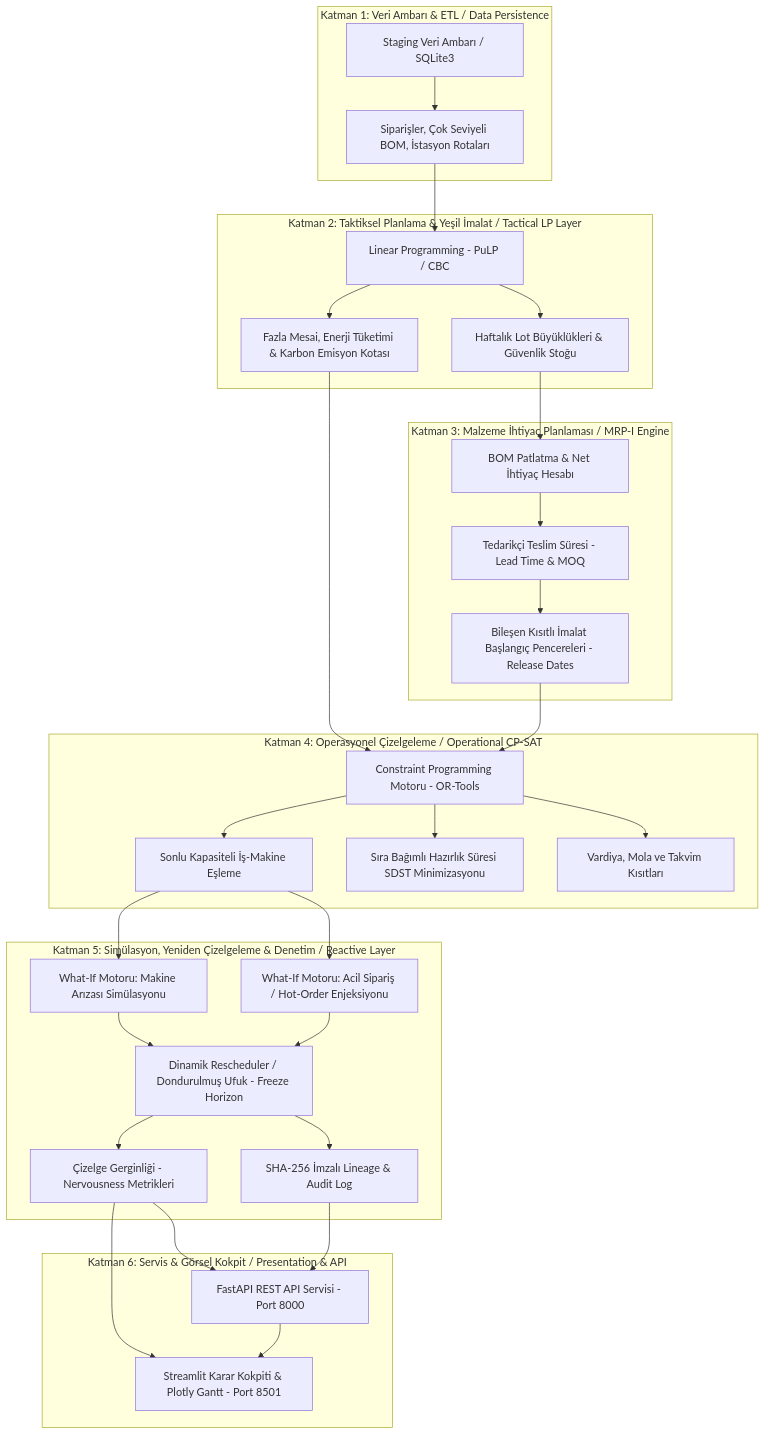
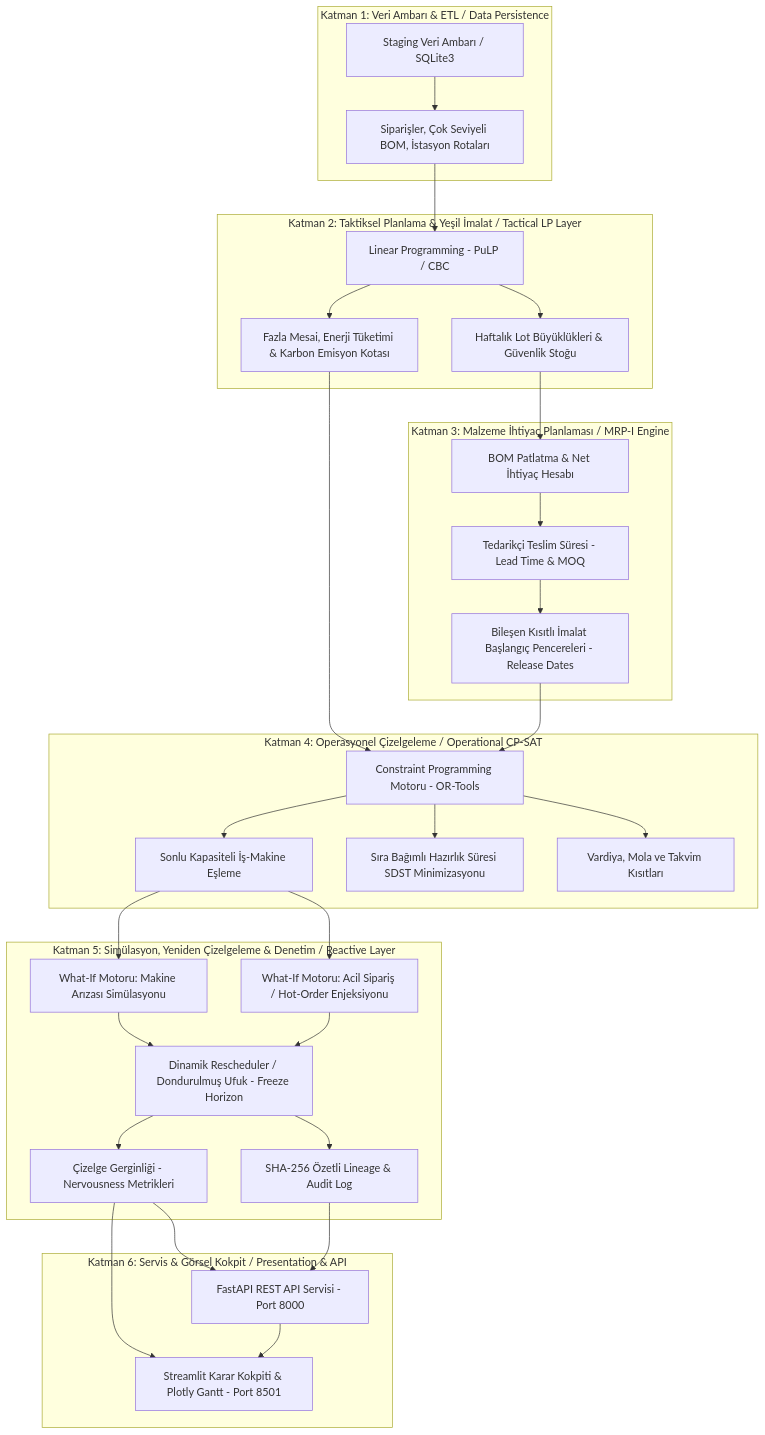
Before and after one commit to AliUmutKazak/factory-decision-intelligence: the diagram in README.md, drawn with Mermaid. The commit also changed other lines of this file and 3 other files, not shown here.

````diff
--- a/README.md
+++ b/README.md
@@ -68,42 +70,42 @@
 ```mermaid
 flowchart TD
     subgraph layer1["Katman 1: Veri Ambarı & ETL / Data Persistence"]
         A["Staging Veri Ambarı / SQLite3"] --> B["Siparişler, Çok Seviyeli BOM, İstasyon Rotaları"]
     end
 
     subgraph layer2["Katman 2: Taktiksel Planlama & Yeşil İmalat / Tactical LP Layer"]
         B --> C["Linear Programming - PuLP / CBC"]
         C --> D["Haftalık Lot Büyüklükleri & Güvenlik Stoğu"]
         C --> E["Fazla Mesai, Enerji Tüketimi & Karbon Emisyon Kotası"]
     end
 
     subgraph layer3["Katman 3: Malzeme İhtiyaç Planlaması / MRP-I Engine"]
         D --> F["BOM Patlatma & Net İhtiyaç Hesabı"]
         F --> G["Tedarikçi Teslim Süresi - Lead Time & MOQ"]
         G --> H["Bileşen Kısıtlı İmalat Başlangıç Pencereleri - Release Dates"]
     end
 
     subgraph layer4["Katman 4: Operasyonel Çizelgeleme / Operational CP-SAT"]
         E --> I["Constraint Programming Motoru - OR-Tools"]
         H --> I
         I --> J["Sonlu Kapasiteli İş-Makine Eşleme"]
         I --> K["Sıra Bağımlı Hazırlık Süresi SDST Minimizasyonu"]
         I --> L["Vardiya, Mola ve Takvim Kısıtları"]
     end
 
     subgraph layer5["Katman 5: Simülasyon, Yeniden Çizelgeleme & Denetim / Reactive Layer"]
         J --> M["What-If Motoru: Makine Arızası Simülasyonu"]
         J --> N["What-If Motoru: Acil Sipariş / Hot-Order Enjeksiyonu"]
         M --> O["Dinamik Rescheduler / Dondurulmuş Ufuk - Freeze Horizon"]
         N --> O
         O --> P["Çizelge Gerginliği - Nervousness Metrikleri"]
-        O --> Q["SHA-256 İmzalı Lineage & Audit Log"]
+        O --> Q["SHA-256 Özetli Lineage & Audit Log"]
     end
 
     subgraph layer6["Katman 6: Servis & Görsel Kokpit / Presentation & API"]
         P --> R["FastAPI REST API Servisi - Port 8000"]
         Q --> R
         P --> S["Streamlit Karar Kokpiti & Plotly Gantt - Port 8501"]
         R --> S
     end
 ```
````
